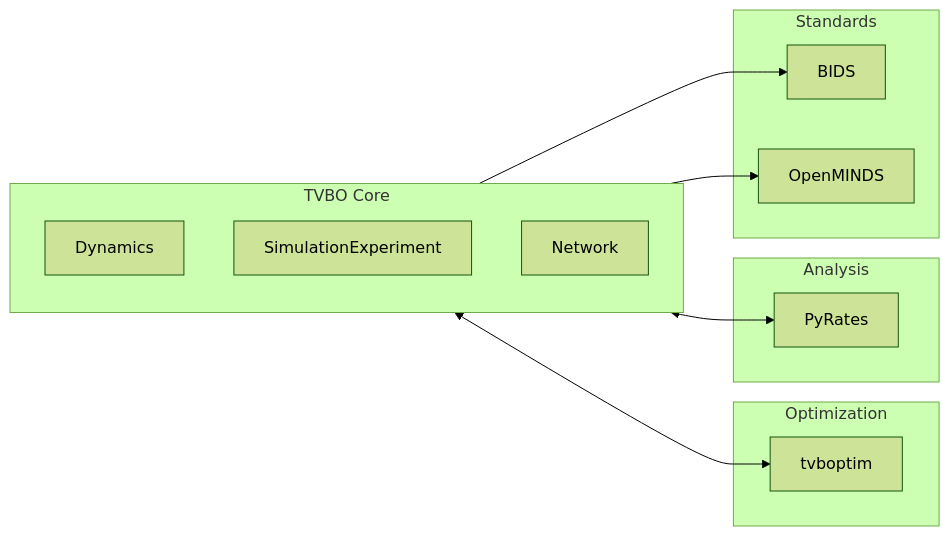
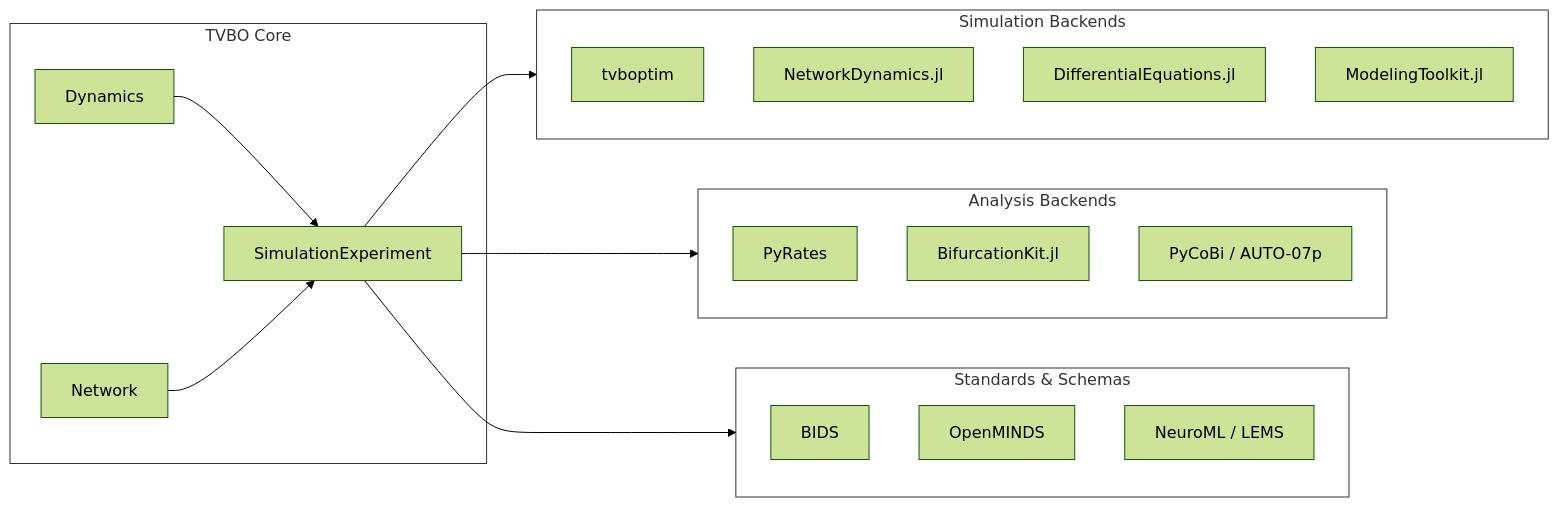
The diagram in docs/Interoperability/index.qmd (virtual-twin/tvbo), drawn with Mermaid (forest theme) before and after one commit. The commit also changed other lines of this file and 16 other files, not shown here.

````diff
--- a/docs/Interoperability/index.qmd
+++ b/docs/Interoperability/index.qmd
@@ -10,28 +10,40 @@
 ```{mermaid}
-%%| fig-width: 8
-%%| theme: neutral
+%%| fig-width: 10
 flowchart LR
     subgraph TVBO["TVBO Core"]
         D[Dynamics]
         S[SimulationExperiment]
         N[Network]
+        D --> S
+        N --> S
     end
 
-    subgraph Optimization["Optimization"]
-        O[tvboptim]
+    subgraph Simulation["Simulation Backends"]
+        tvboptim
+        ND["NetworkDynamics.jl"]
+        DiffEq["DifferentialEquations.jl"]
+        MTK["ModelingToolkit.jl"]
     end
 
-    subgraph Analysis["Analysis"]
-        P[PyRates]
+    subgraph Analysis["Analysis Backends"]
+        PR[PyRates]
+        BK["BifurcationKit.jl"]
+        PyCoBi["PyCoBi / AUTO-07p"]
     end
 
-    subgraph Standards["Standards"]
-        B[BIDS]
-        M[OpenMINDS]
+    subgraph Standards["Standards & Schemas"]
+        BIDS
+        OpenMINDS
+        LEMS["NeuroML / LEMS"]
     end
 
-    TVBO <--> O
-    TVBO <--> P
-    TVBO --> B
-    TVBO --> M
+    S --> Simulation
+    S --> Analysis
+    S --> Standards
+
+
+    style TVBO fill:none,stroke:#333
+    style Simulation fill:none,stroke:#333
+    style Analysis fill:none,stroke:#333
+    style Standards fill:none,stroke:#333
 ```
````
